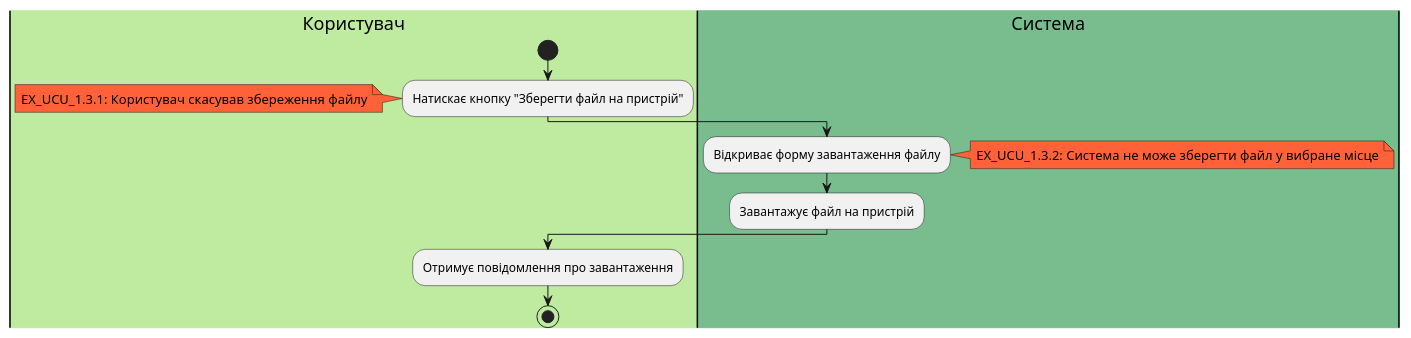
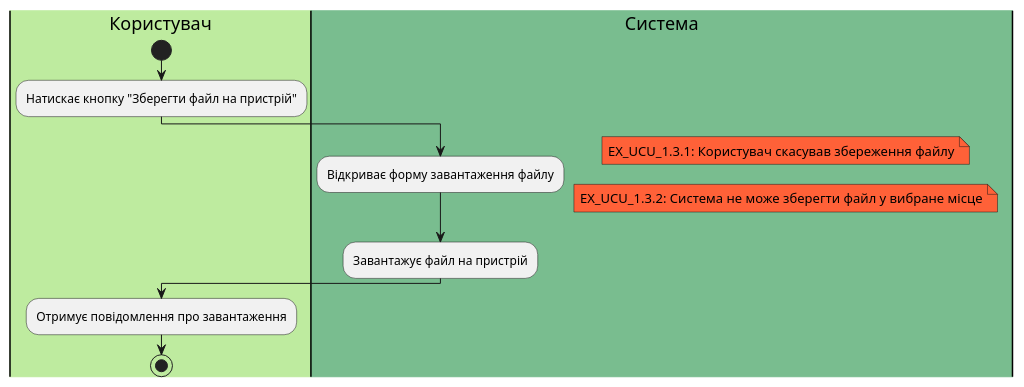
The seventh of 17 diagrams in docs/use cases/README.md (Beaxhem/edu-db-cw), drawn with PlantUML before and after one commit. The commit also changed other lines of this file and 1 other file, not shown here.

```diff
--- a/docs/use cases/README.md
+++ b/docs/use cases/README.md
@@ -234,22 +234,22 @@
 @startuml
 
     <style>
         note {
             BackgroundColor #FF6138
         }
     </style>
     
     
     |#BEEB9F|Користувач|
     start
     :Натискає кнопку "Зберегти файл на пристрій";
-    note left: EX_UCU_1.3.1: Користувач скасував збереження файлу
     |#79BD8F|Система|
     :Відкриває форму завантаження файлу;
+    note right: EX_UCU_1.3.1: Користувач скасував збереження файлу
     note right: EX_UCU_1.3.2: Система не може зберегти файл у вибране місце
     :Завантажує файл на пристрій;
     |Користувач|
     :Отримує повідомлення про завантаження;
     stop
 
 @enduml
```
